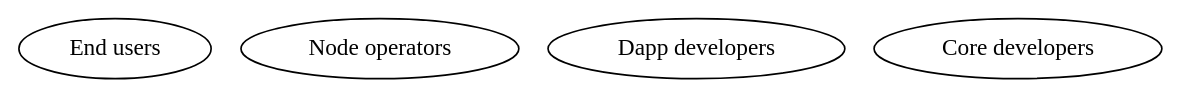
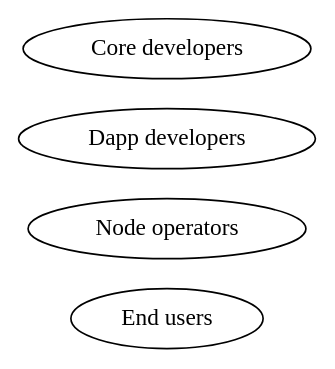
One commit to ledgerwatch/eth_state changed the sixth of 13 diagrams in Ethereum1x_definition.md. Above: the diagram before and after it, drawn with Graphviz. The commit also changed other lines of this file, not shown here.

````diff
--- a/Ethereum1x_definition.md
+++ b/Ethereum1x_definition.md
@@ -57,8 +64,9 @@
 ```graphviz
 digraph agents {
+rankdir=LR;
 end_users [label="End users"];
 node_ops [label="Node operators"];
 dapp_devs [label="Dapp developers"];
 core_devs [label="Core developers"];
 }
 ```
````
